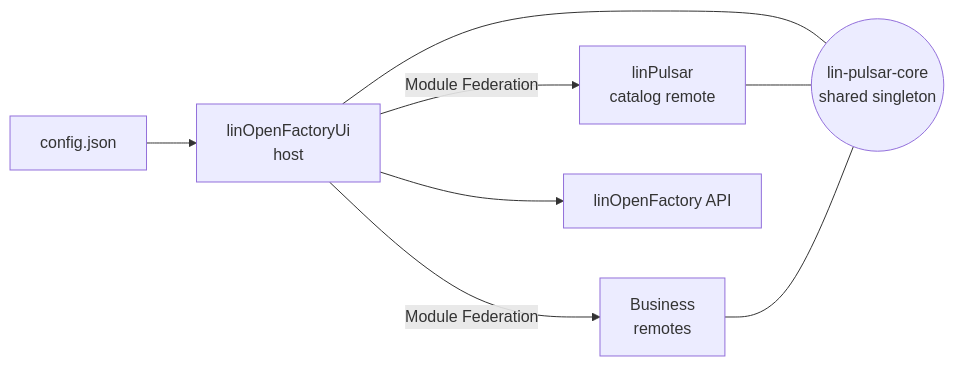
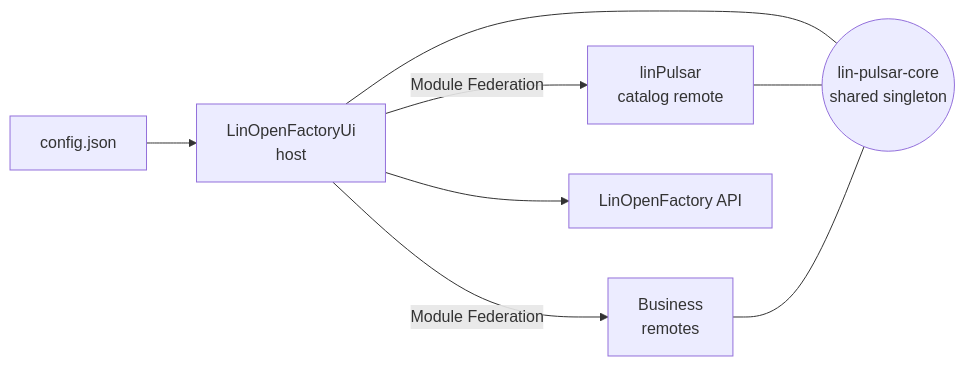
Before and after one commit to linagora/lin-pulsar-core: the diagram in README.md, drawn with Mermaid. The commit also changed other lines of this file and 72 other files, not shown here.

Commit message:
fix: standardize "linOpenFactory" to "LinOpenFactory" across multiple files

````diff
--- a/README.md
+++ b/README.md
@@ -17,11 +17,11 @@
 ```mermaid
 flowchart LR
-  config[config.json] --> host[linOpenFactoryUi<br/>host]
+  config[config.json] --> host[LinOpenFactoryUi<br/>host]
   host -- Module Federation --> pulsar[linPulsar<br/>catalog remote]
   host -- Module Federation --> business[Business<br/>remotes]
   core((lin-pulsar-core<br/>shared singleton))
   host --- core
   pulsar --- core
   business --- core
-  host --> api[linOpenFactory API]
+  host --> api[LinOpenFactory API]
 ```
````
